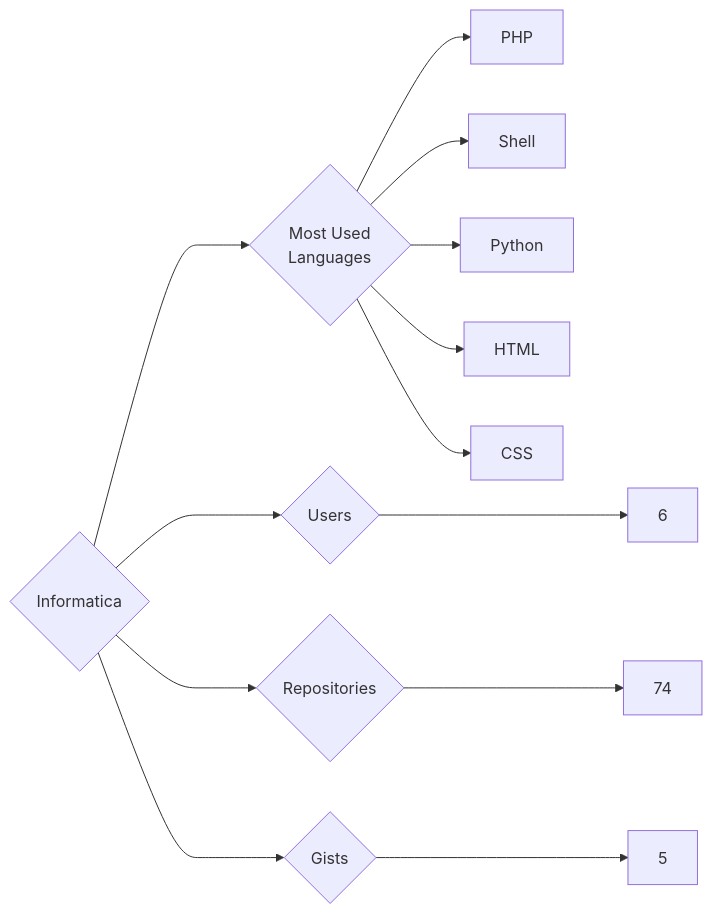
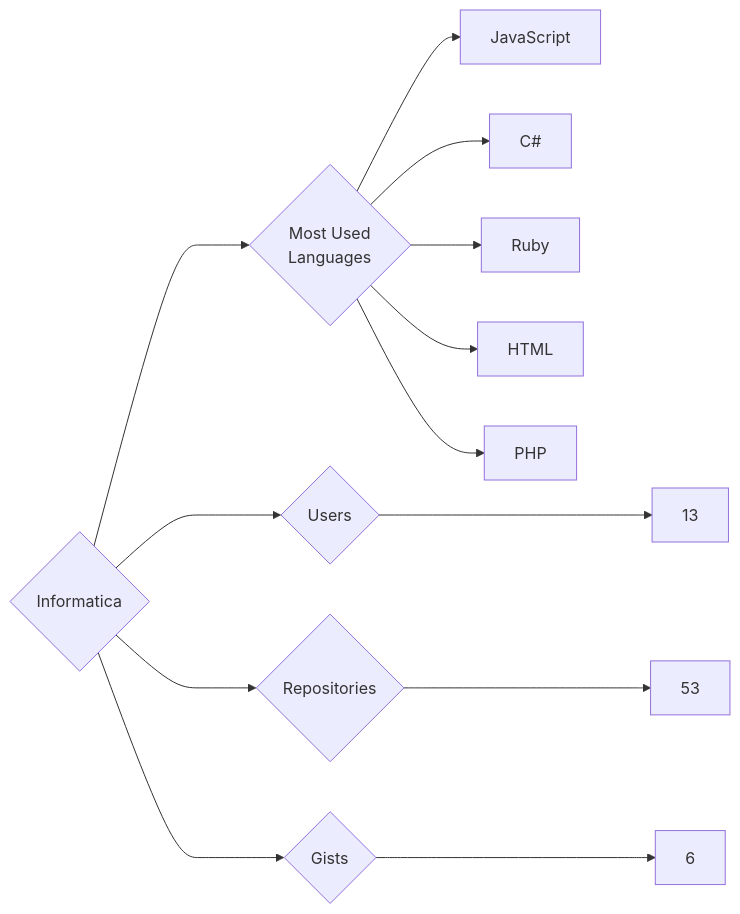
The diagram in targets/Informatica/README.md (trickest/insiders), drawn with Mermaid before and after one commit. The commit also changed 1149 other files, not shown here.

````diff
--- a/targets/Informatica/README.md
+++ b/targets/Informatica/README.md
@@ -3,13 +3,13 @@
 ```mermaid
 graph LR
 COMPANY_NAME{Informatica}
-COMPANY_NAME ---> U{Users} ---> UN[6]
-COMPANY_NAME ---> R{Repositories} ---> RN[74]
-COMPANY_NAME ---> G{Gists} ---> GN[5]
+COMPANY_NAME ---> U{Users} ---> UN[13]
+COMPANY_NAME ---> R{Repositories} ---> RN[53]
+COMPANY_NAME ---> G{Gists} ---> GN[6]
 COMPANY_NAME ---> ML{Most Used<br>Languages}
+ML --> JavaScript[JavaScript]
+ML --> C#[C#]
+ML --> Ruby[Ruby]
+ML --> HTML[HTML]
 ML --> PHP[PHP]
-ML --> Shell[Shell]
-ML --> Python[Python]
-ML --> HTML[HTML]
-ML --> CSS[CSS]
 ```
````
